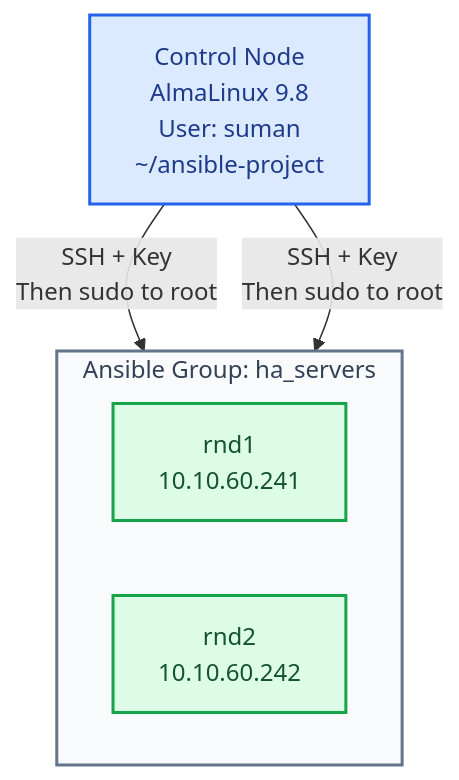
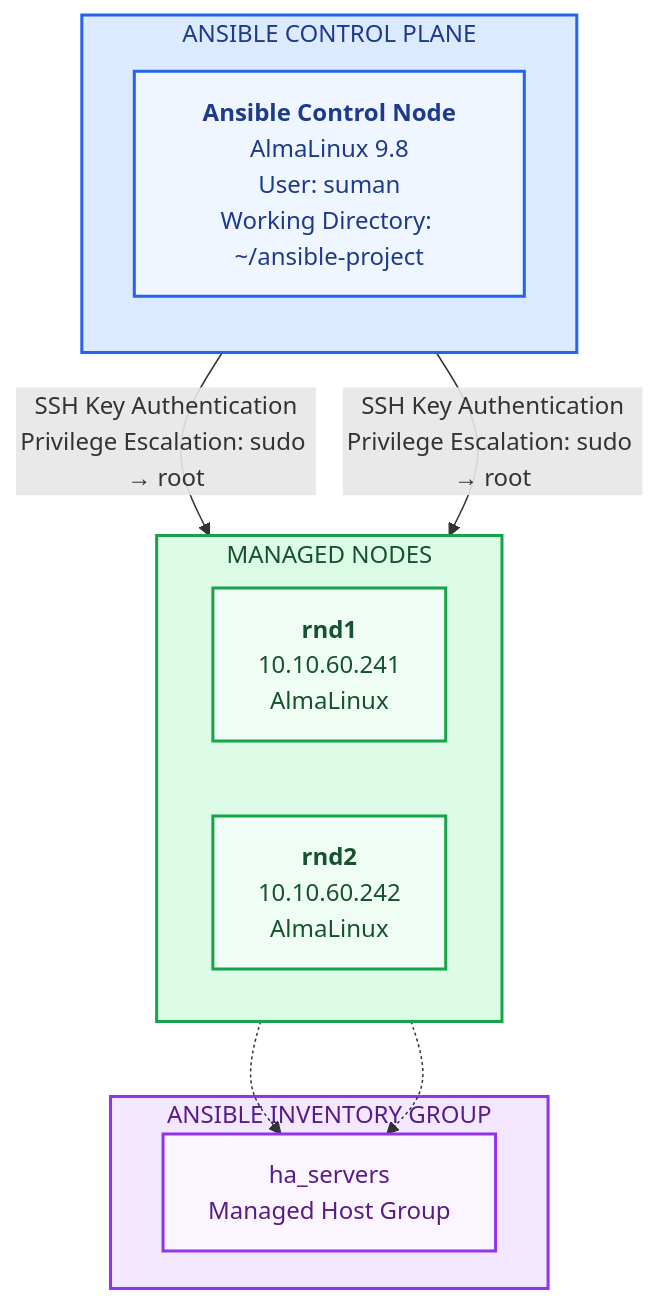
Before and after one commit to sumanb007/ansible: the diagram in README.md, drawn with Mermaid.

````diff
--- a/README.md
+++ b/README.md
@@ -157,18 +157,31 @@
 ```mermaid
 flowchart TB
-    C["Control Node<br/>AlmaLinux 9.8<br/>User: suman<br/>~/ansible-project"]
-
-    C -->|"SSH + Key<br/>Then sudo to root"| R1
-    C -->|"SSH + Key<br/>Then sudo to root"| R2
-
-    subgraph HA["Ansible Group: ha_servers"]
-        direction LR
-        R1["rnd1<br/>10.10.60.241"]
-        R2["rnd2<br/>10.10.60.242"]
+    subgraph CONTROL["ANSIBLE CONTROL PLANE"]
+        direction TB
+        C["<b>Ansible Control Node</b><br/>AlmaLinux 9.8<br/>User: suman<br/>Working Directory: ~/ansible-project"]
     end
 
-    style C fill:#dbeafe,stroke:#2563eb,stroke-width:2px,color:#1e3a8a
-    style R1 fill:#dcfce7,stroke:#16a34a,stroke-width:2px,color:#14532d
-    style R2 fill:#dcfce7,stroke:#16a34a,stroke-width:2px,color:#14532d
-    style HA fill:#f8fafc,stroke:#64748b,stroke-width:2px,color:#334155
+    subgraph MANAGED["MANAGED NODES"]
+        direction LR
+        R1["<b>rnd1</b><br/>10.10.60.241<br/>AlmaLinux"]
+        R2["<b>rnd2</b><br/>10.10.60.242<br/>AlmaLinux"]
+    end
+
+    C -->|"SSH Key Authentication<br/>Privilege Escalation: sudo → root"| R1
+    C -->|"SSH Key Authentication<br/>Privilege Escalation: sudo → root"| R2
+
+    subgraph INVENTORY["ANSIBLE INVENTORY GROUP"]
+        G["ha_servers<br/>Managed Host Group"]
+    end
+
+    R1 -.-> G
+    R2 -.-> G
+
+    style CONTROL fill:#dbeafe,stroke:#2563eb,stroke-width:2px,color:#1e3a8a
+    style C fill:#eff6ff,stroke:#2563eb,stroke-width:2px,color:#1e3a8a
+    style MANAGED fill:#dcfce7,stroke:#16a34a,stroke-width:2px,color:#14532d
+    style R1 fill:#f0fdf4,stroke:#16a34a,stroke-width:2px,color:#14532d
+    style R2 fill:#f0fdf4,stroke:#16a34a,stroke-width:2px,color:#14532d
+    style INVENTORY fill:#f3e8ff,stroke:#9333ea,stroke-width:2px,color:#581c87
+    style G fill:#faf5ff,stroke:#9333ea,stroke-width:2px,color:#581c87
 ```
````
